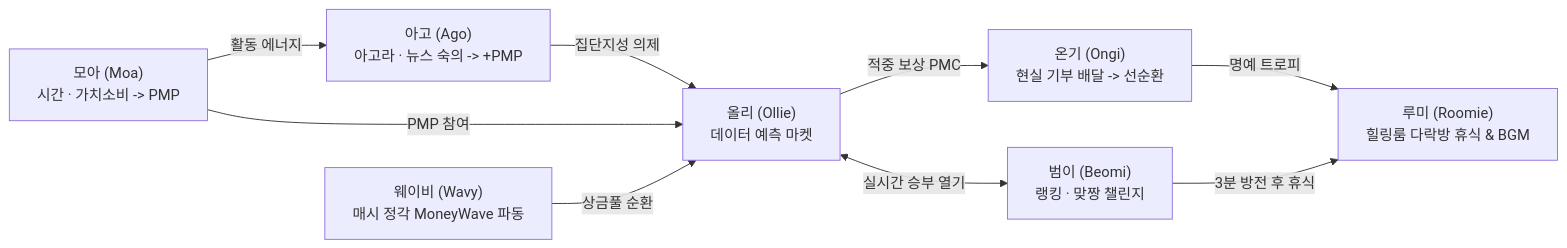
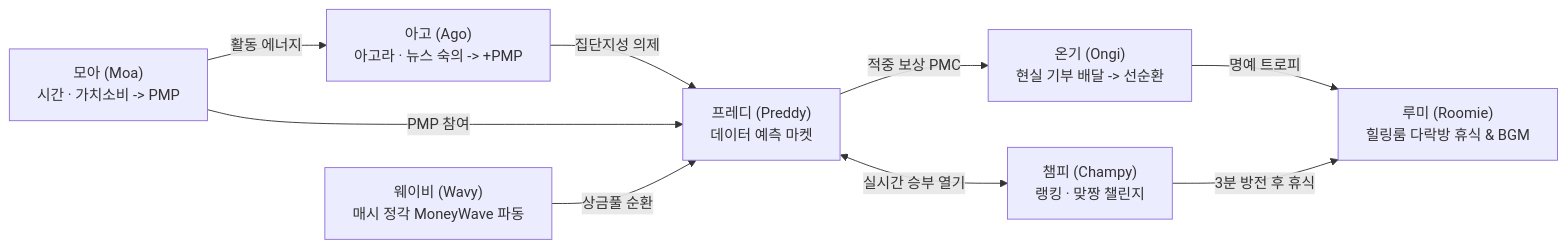
The diagram in docs/POSMUL_FRIENDS_WORLDVIEW.md (positivemultiplier/posmul), drawn with Mermaid before and after one commit. The commit also changed other lines of this file and 8 other files, not shown here.

Commit message:
feat(characters): 포스멀 프렌즈 이름 변경 반영 (올리->프레디 Preddy, 범이->챔피 Champy)

````diff
--- a/docs/POSMUL_FRIENDS_WORLDVIEW.md
+++ b/docs/POSMUL_FRIENDS_WORLDVIEW.md
@@ -19,11 +19,11 @@
 ```mermaid
 flowchart LR
     M["모아 (Moa)\n시간 · 가치소비 -> PMP"] -->|"활동 에너지"| A["아고 (Ago)\n아고라 · 뉴스 숙의 -> +PMP"]
-    A -->|"집단지성 의제"| O["올리 (Ollie)\n데이터 예측 마켓"]
+    A -->|"집단지성 의제"| O["프레디 (Preddy)\n데이터 예측 마켓"]
     M -->|"PMP 참여"| O
     W["웨이비 (Wavy)\n매시 정각 MoneyWave 파동"] -->|"상금풀 순환"| O
-    O <-->|"실시간 승부 열기"| B["범이 (Beomi)\n랭킹 · 맞짱 챌린지"]
+    O <-->|"실시간 승부 열기"| B["챔피 (Champy)\n랭킹 · 맞짱 챌린지"]
     O -->|"적중 보상 PMC"| G["온기 (Ongi)\n현실 기부 배달 -> 선순환"]
     G -->|"명예 트로피"| R["루미 (Roomie)\n힐링룸 다락방 휴식 & BGM"]
     B -->|"3분 방전 후 휴식"| R
 ```
````
